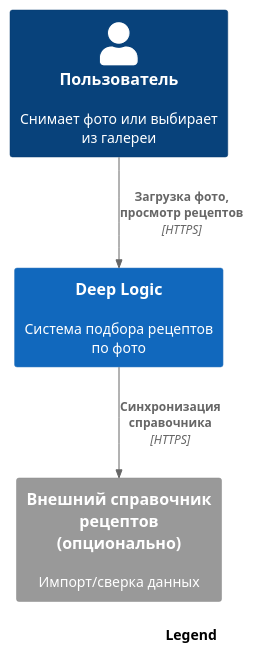
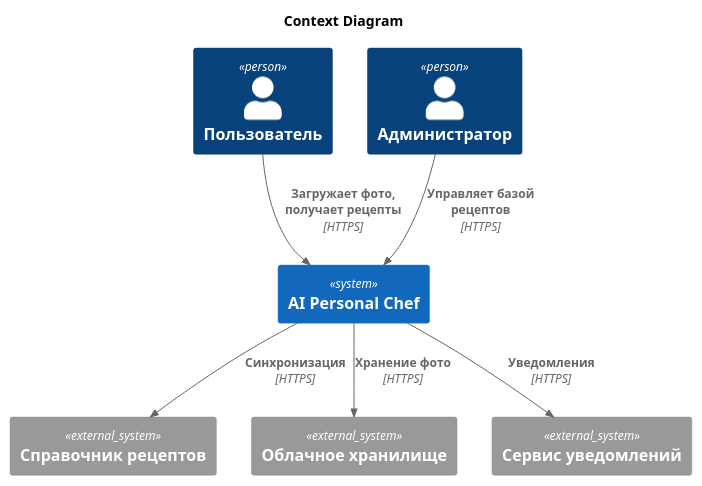
The diagram in docs/architecture/context.puml (vstu-sii/bachelor-2025-team-deep-logic), drawn with PlantUML before and after one commit.

```diff
--- a/docs/architecture/context.puml
+++ b/docs/architecture/context.puml
@@ -1,15 +1,26 @@
 @startuml
 !include https://raw.githubusercontent.com/plantuml-stdlib/C4-PlantUML/master/C4_Context.puml
 
-LAYOUT_WITH_LEGEND()
-SHOW_LEGEND()
+title Context Diagram
 
-Person(user, "Пользователь", "Снимает фото или выбирает из галереи")
-System(system, "Deep Logic", "Система подбора рецептов по фото")
 
-System_Ext(ext, "Внешний справочник рецептов (опционально)", "Импорт/сверка данных")
+' --- Пользователи ---
+Person(user, "Пользователь")
+Person(admin, "Администратор")
 
-Rel(user, system, "Загрузка фото, просмотр рецептов", "HTTPS")
-Rel(system, ext, "Синхронизация справочника", "HTTPS")
+' --- Центральная система ---
+System(aiChef, "AI Personal Chef")
+
+' --- Внешние системы ---
+System_Ext(extRecipes, "Справочник рецептов")
+System_Ext(extStorage, "Облачное хранилище")
+System_Ext(extNotify, "Сервис уведомлений")
+
+' --- Связи ---
+Rel(user, aiChef, "Загружает фото, получает рецепты", "HTTPS")
+Rel(admin, aiChef, "Управляет базой рецептов", "HTTPS")
+Rel(aiChef, extRecipes, "Синхронизация", "HTTPS")
+Rel(aiChef, extStorage, "Хранение фото", "HTTPS")
+Rel(aiChef, extNotify, "Уведомления", "HTTPS")
 
 @enduml
```
